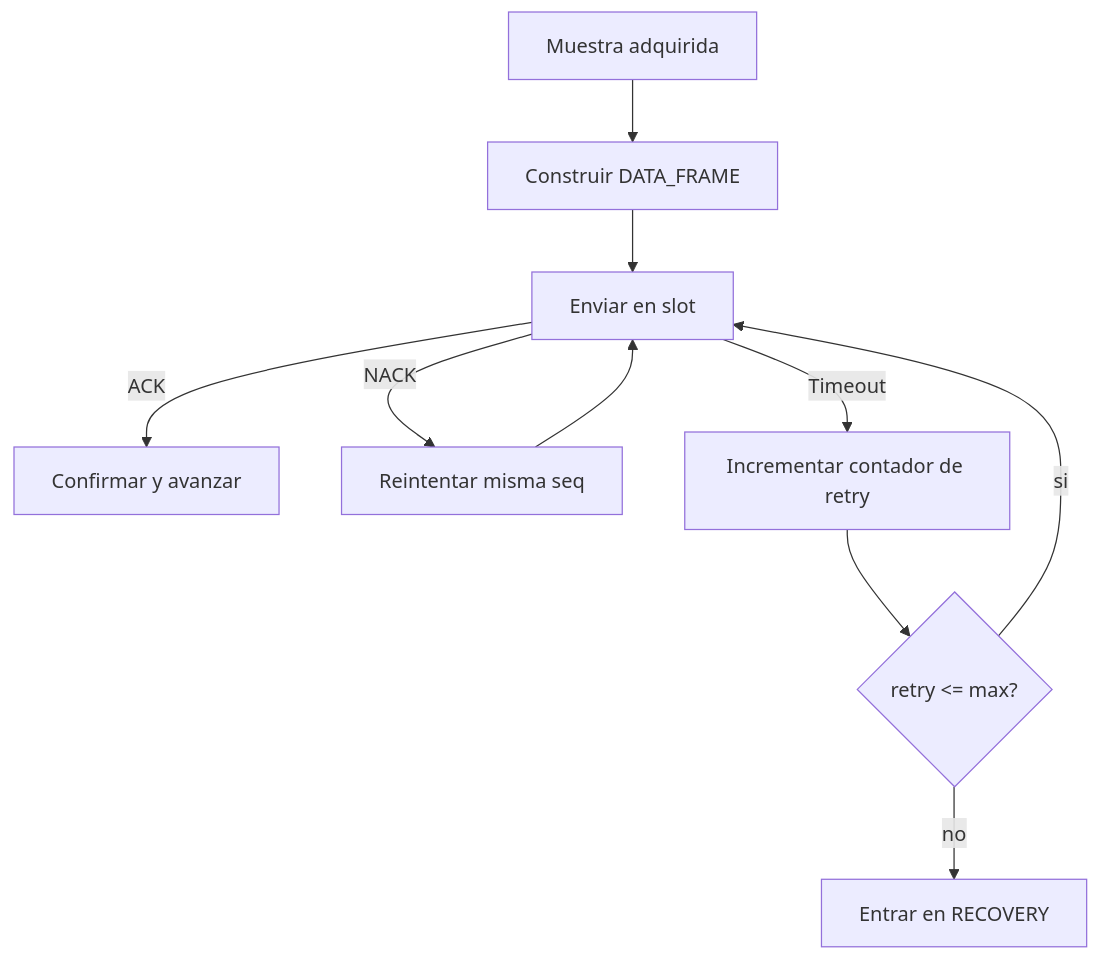
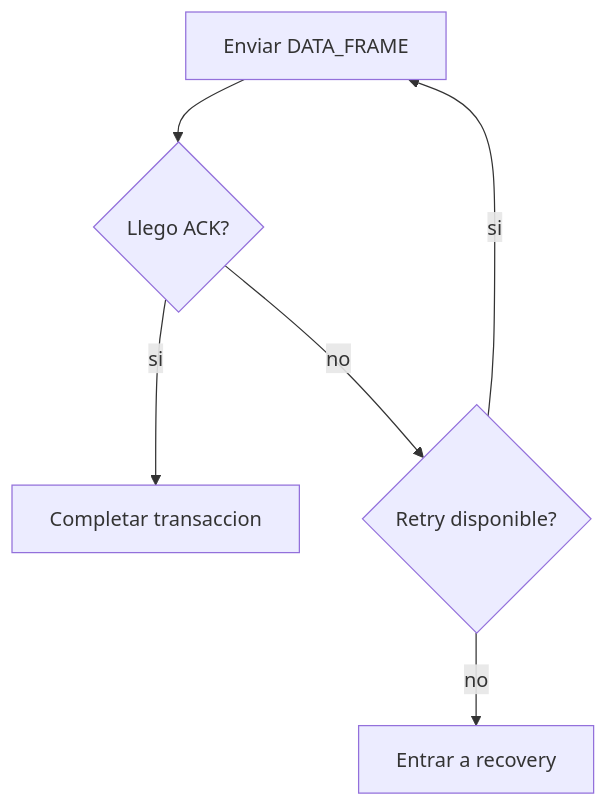
One commit to Alan-B525/ADQ-protocolo changed the third of 5 diagrams in docs/protocol/protocol-educational-diagrams.md. Above: the diagram before and after it, drawn with Mermaid. The commit also changed other lines of this file and 50 other files, not shown here.

````diff
--- a/docs/protocol/protocol-educational-diagrams.md
+++ b/docs/protocol/protocol-educational-diagrams.md
@@ -72,12 +31,8 @@
 ```mermaid
 flowchart TD
-  A[Muestra adquirida] --> B[Construir DATA_FRAME]
-  B --> C[Enviar en slot]
-  C -->|ACK| D[Confirmar y avanzar]
-  C -->|NACK| E[Reintentar misma seq]
-  E --> C
-  C -->|Timeout| F[Incrementar contador de retry]
-  F --> G{retry <= max?}
-  G -->|si| C
-  G -->|no| H[Entrar en RECOVERY]
+  A[Enviar DATA_FRAME] --> B{Llego ACK?}
+  B -->|si| C[Completar transaccion]
+  B -->|no| D{Retry disponible?}
+  D -->|si| A
+  D -->|no| E[Entrar a recovery]
 ```
````
